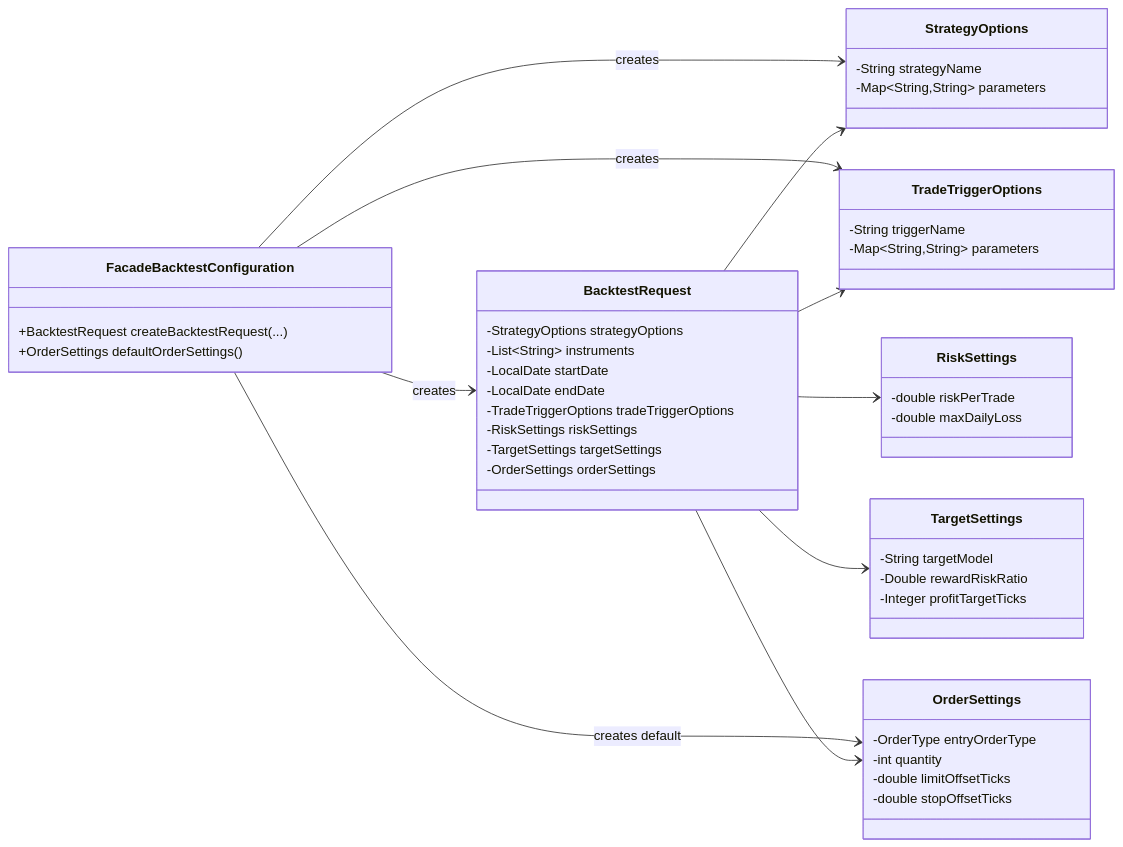
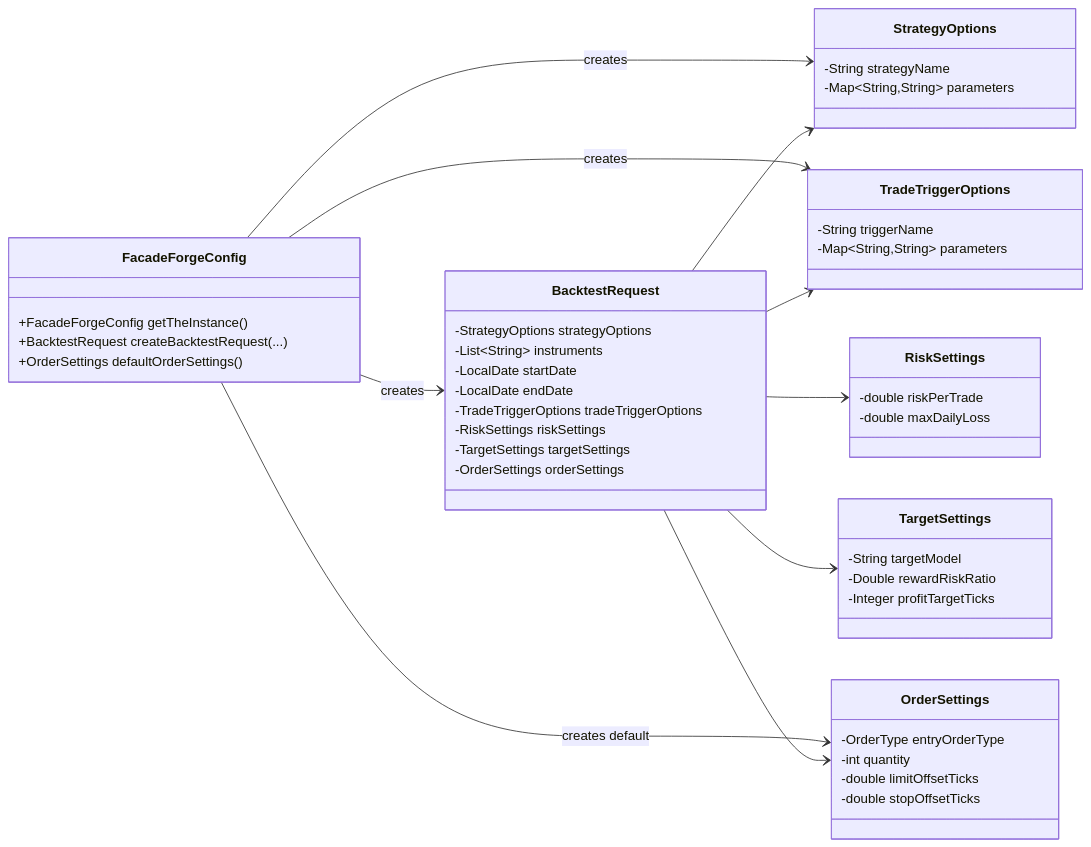
Before and after one commit to probst-paul/FORGE: the fourth of 12 diagrams in class-model.md, drawn with Mermaid. The commit also changed other lines of this file and 13 other files, not shown here.

First line of the commit message:
Rename facades to FacadeForge* and add singletons

````diff
--- a/class-model.md
+++ b/class-model.md
@@ -188,58 +189,59 @@
 ```mermaid
 classDiagram
     direction LR
 
-    class FacadeBacktestConfiguration {
+    class FacadeForgeConfig {
+        +FacadeForgeConfig getTheInstance()
         +BacktestRequest createBacktestRequest(...)
         +OrderSettings defaultOrderSettings()
     }
 
     class BacktestRequest {
         -StrategyOptions strategyOptions
         -List~String~ instruments
         -LocalDate startDate
         -LocalDate endDate
         -TradeTriggerOptions tradeTriggerOptions
         -RiskSettings riskSettings
         -TargetSettings targetSettings
         -OrderSettings orderSettings
     }
 
     class StrategyOptions {
         -String strategyName
         -Map~String,String~ parameters
     }
 
     class TradeTriggerOptions {
         -String triggerName
         -Map~String,String~ parameters
     }
 
     class RiskSettings {
         -double riskPerTrade
         -double maxDailyLoss
     }
 
     class TargetSettings {
         -String targetModel
         -Double rewardRiskRatio
         -Integer profitTargetTicks
     }
 
     class OrderSettings {
         -OrderType entryOrderType
         -int quantity
         -double limitOffsetTicks
         -double stopOffsetTicks
     }
 
-    FacadeBacktestConfiguration --> BacktestRequest : creates
-    FacadeBacktestConfiguration --> StrategyOptions : creates
-    FacadeBacktestConfiguration --> TradeTriggerOptions : creates
-    FacadeBacktestConfiguration --> OrderSettings : creates default
+    FacadeForgeConfig --> BacktestRequest : creates
+    FacadeForgeConfig --> StrategyOptions : creates
+    FacadeForgeConfig --> TradeTriggerOptions : creates
+    FacadeForgeConfig --> OrderSettings : creates default
     BacktestRequest --> StrategyOptions
     BacktestRequest --> TradeTriggerOptions
     BacktestRequest --> RiskSettings
     BacktestRequest --> TargetSettings
     BacktestRequest --> OrderSettings
 ```
````
